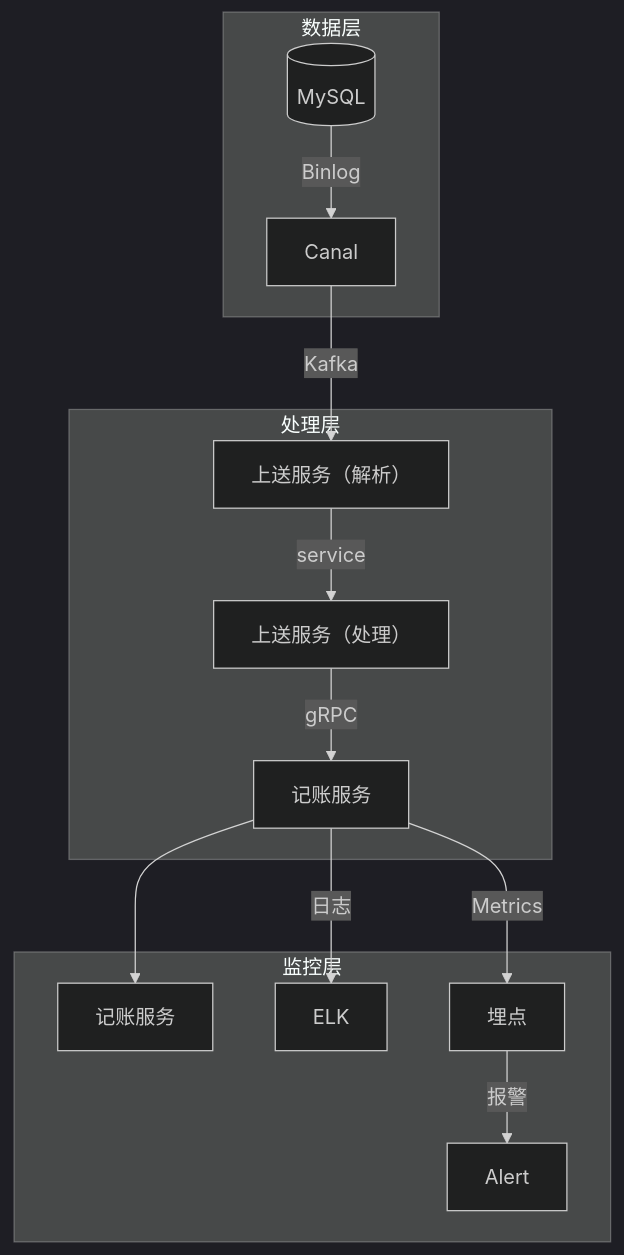
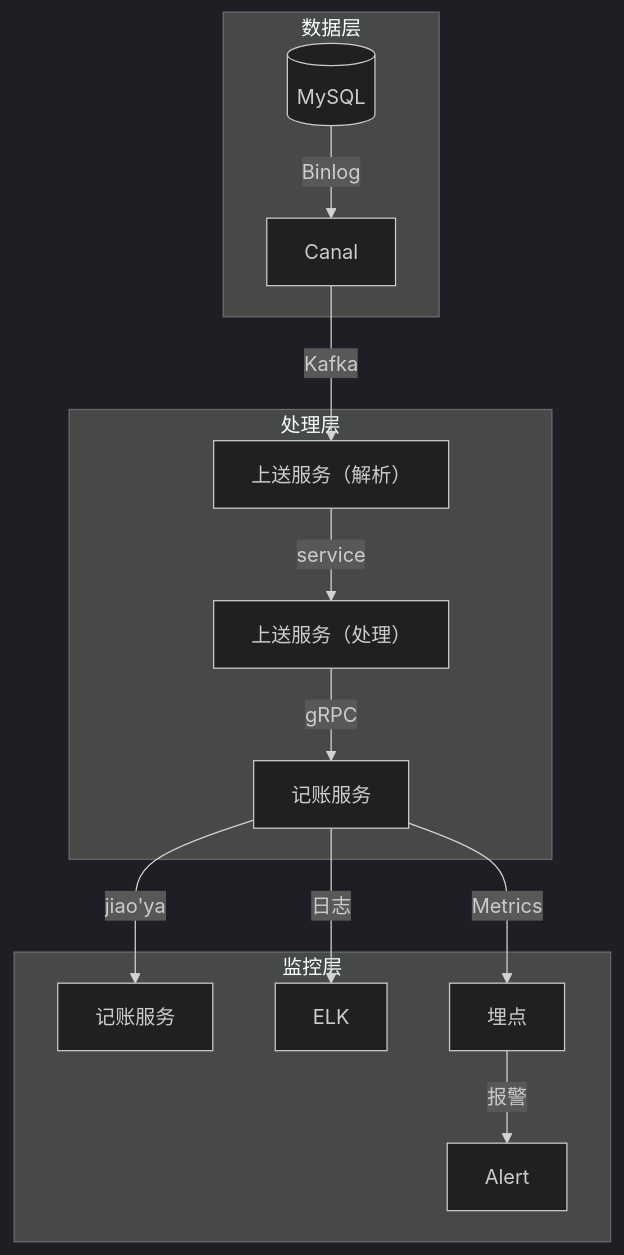
One commit to 87828943/iodraw-files changed the diagram in all/未命名.md. Above: the diagram before and after it, drawn with Mermaid (dark theme).

Commit message:
2025-07-01 10:45:28 update

````diff
--- a/all/未命名.md
+++ b/all/未命名.md
@@ -1,17 +1,17 @@
 ```mermaid
 graph TB
     subgraph 数据层
         DB[(MySQL)] -->|Binlog| Canal
     end
     subgraph 处理层
         Canal -->|Kafka| Parser[上送服务（解析）]
         Parser -->|service| Engine[上送服务（处理）]
         Engine -->|gRPC| Accounting[记账服务]
     end
     subgraph 监控层
-        Accounting --> jiao[记账服务]
+        Accounting --> |jiao'ya|jiaoyan[记账服务]
         Accounting -->|日志| ELK
         Accounting -->|Metrics| 埋点
         埋点 -->|报警| Alert
     end
 ```
````
